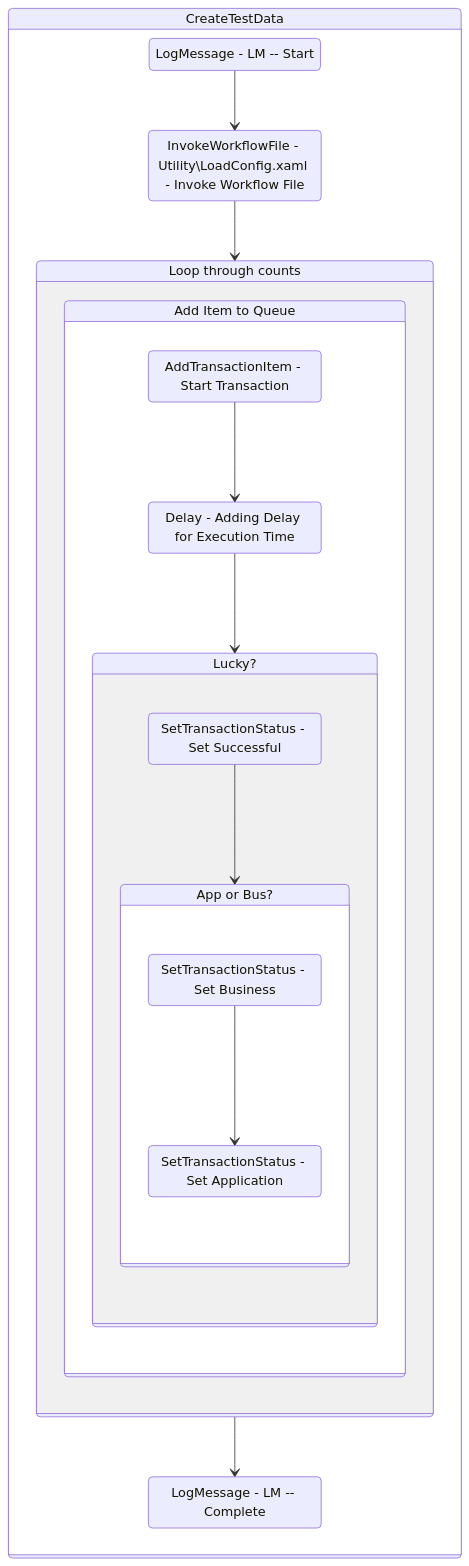
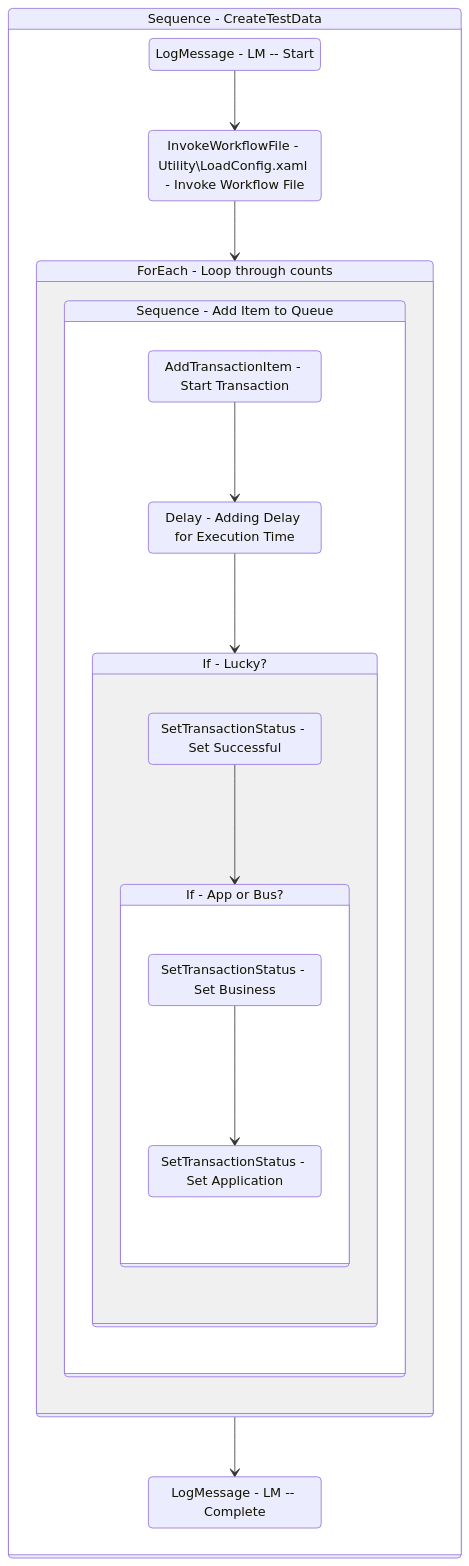
The diagram in Documentation/.templates/Reporters/Basic/Tests/CreateTestData.md (yashbrahmbhatt/LazyFramework), drawn with Mermaid before and after one commit. The commit also changed 78 other files, not shown here.

````diff
--- a/Documentation/.templates/Reporters/Basic/Tests/CreateTestData.md
+++ b/Documentation/.templates/Reporters/Basic/Tests/CreateTestData.md
@@ -103,41 +103,41 @@
 ```mermaid
 stateDiagram-v2
 
 
-Sequence_1: CreateTestData
+Sequence_1: Sequence - CreateTestData
 state Sequence_1 {
 direction TB
 LogMessage_1 : LogMessage - LM -- Start
 InvokeWorkflowFile_1 : InvokeWorkflowFile - Utility\\LoadConfig.xaml - Invoke Workflow File
 LogMessage_1 --> InvokeWorkflowFile_1
 InvokeWorkflowFile_1 --> ForEach1_1
-ForEach1_1: Loop through counts
+ForEach1_1: ForEach - Loop through counts
 state ForEach1_1 {
 direction TB
 
-Sequence_2: Add Item to Queue
+Sequence_2: Sequence - Add Item to Queue
 state Sequence_2 {
 direction TB
 AddTransactionItem_1 : AddTransactionItem - Start Transaction
 Delay_1 : Delay - Adding Delay for Execution Time
 AddTransactionItem_1 --> Delay_1
 Delay_1 --> If_1
-If_1: Lucky?
+If_1: If - Lucky?
 state If_1 {
 direction TB
 SetTransactionStatus_1 : SetTransactionStatus - Set Successful
 SetTransactionStatus_1 --> If_2
-If_2: App or Bus?
+If_2: If - App or Bus?
 state If_2 {
 direction TB
 SetTransactionStatus_3 : SetTransactionStatus - Set Business
 SetTransactionStatus_5 : SetTransactionStatus - Set Application
 SetTransactionStatus_3 --> SetTransactionStatus_5
 }
 }
 }
 }
 LogMessage_2 : LogMessage - LM -- Complete
 ForEach1_1 --> LogMessage_2
 }
 ```
````
